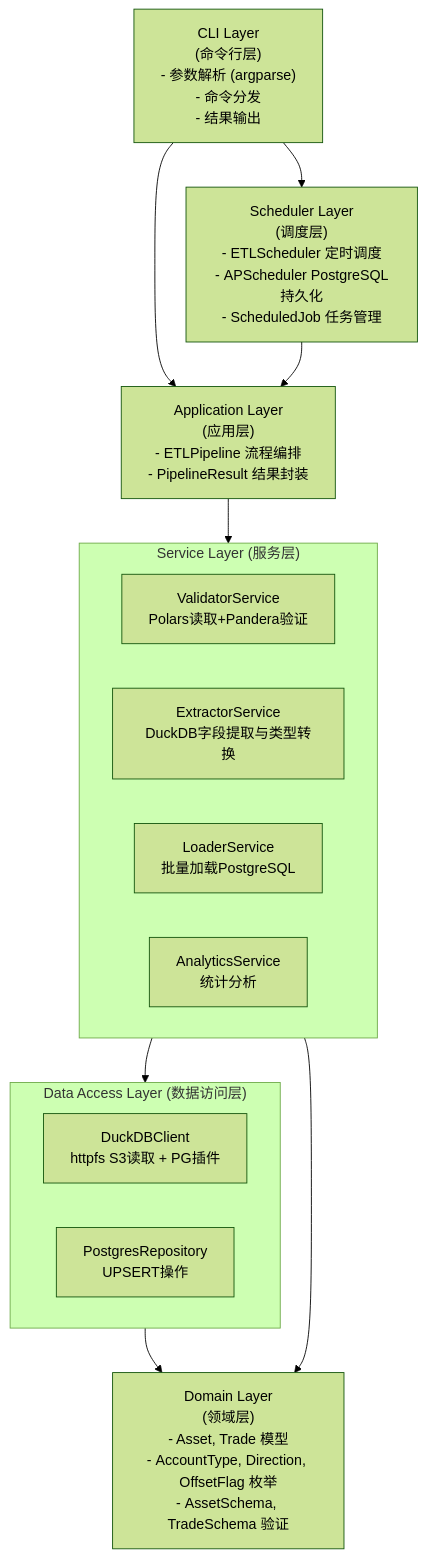
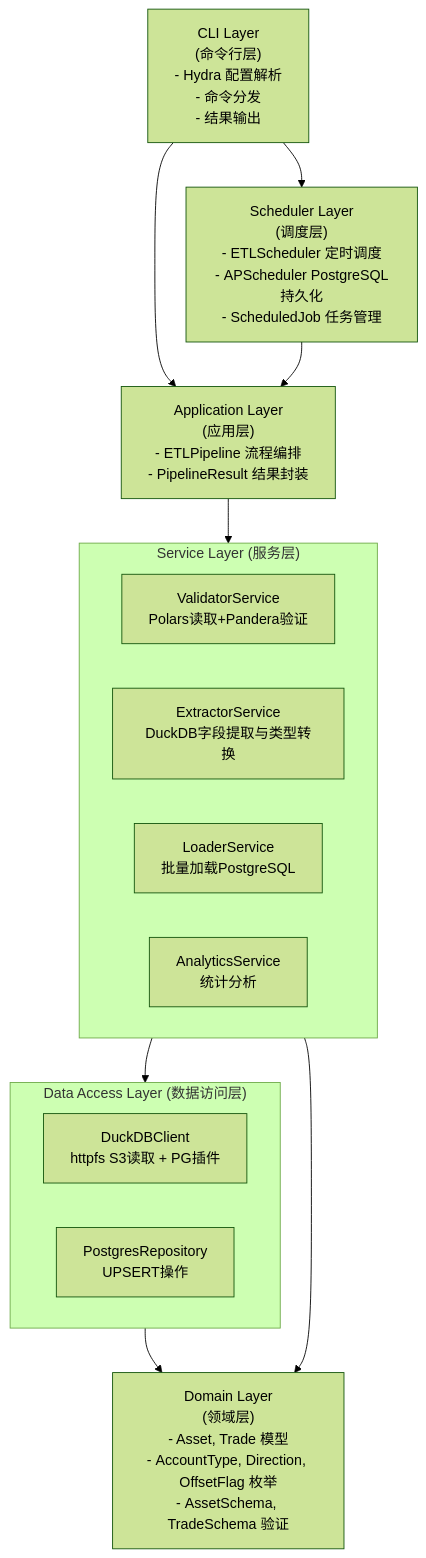
Before and after one commit to zhj0513/small_etl: the second of 8 diagrams in doc/architecture.md, drawn with Mermaid (forest theme). The commit also changed other lines of this file and 11 other files, not shown here.

````diff
--- a/doc/architecture.md
+++ b/doc/architecture.md
@@ -45,51 +45,51 @@
 ```mermaid
 flowchart TB
     %% ======================
     %% CLI Layer
     %% ======================
-    CLI["CLI Layer<br/>(命令行层)<br/>- 参数解析 (argparse)<br/>- 命令分发<br/>- 结果输出"]
+    CLI["CLI Layer<br/>(命令行层)<br/>- Hydra 配置解析<br/>- 命令分发<br/>- 结果输出"]
 
     %% ======================
     %% Scheduler Layer
     %% ======================
     SCHEDULER["Scheduler Layer<br/>(调度层)<br/>- ETLScheduler 定时调度<br/>- APScheduler PostgreSQL持久化<br/>- ScheduledJob 任务管理"]
 
     %% ======================
     %% Application Layer
     %% ======================
     APP["Application Layer<br/>(应用层)<br/>- ETLPipeline 流程编排<br/>- PipelineResult 结果封装"]
 
     %% ======================
     %% Service Layer
     %% ======================
     subgraph SERVICE["Service Layer (服务层)"]
         VA["ValidatorService<br/>Polars读取+Pandera验证"]
         EX["ExtractorService<br/>DuckDB字段提取与类型转换"]
         LO["LoaderService<br/>批量加载PostgreSQL"]
         AN["AnalyticsService<br/>统计分析"]
     end
 
     %% ======================
     %% Data Access Layer
     %% ======================
     subgraph DAL["Data Access Layer (数据访问层)"]
         DUCK["DuckDBClient<br/>httpfs S3读取 + PG插件"]
         PG["PostgresRepository<br/>UPSERT操作"]
     end
 
     %% ======================
     %% Domain Layer
     %% ======================
     DOMAIN["Domain Layer<br/>(领域层)<br/>- Asset, Trade 模型<br/>- AccountType, Direction, OffsetFlag 枚举<br/>- AssetSchema, TradeSchema 验证"]
 
     %% ======================
     %% Layer Connections
     %% ======================
     CLI --> SCHEDULER
     CLI --> APP
     SCHEDULER --> APP
     APP --> SERVICE
     SERVICE --> DAL
     DAL --> DOMAIN
     SERVICE --> DOMAIN
 ```
````
